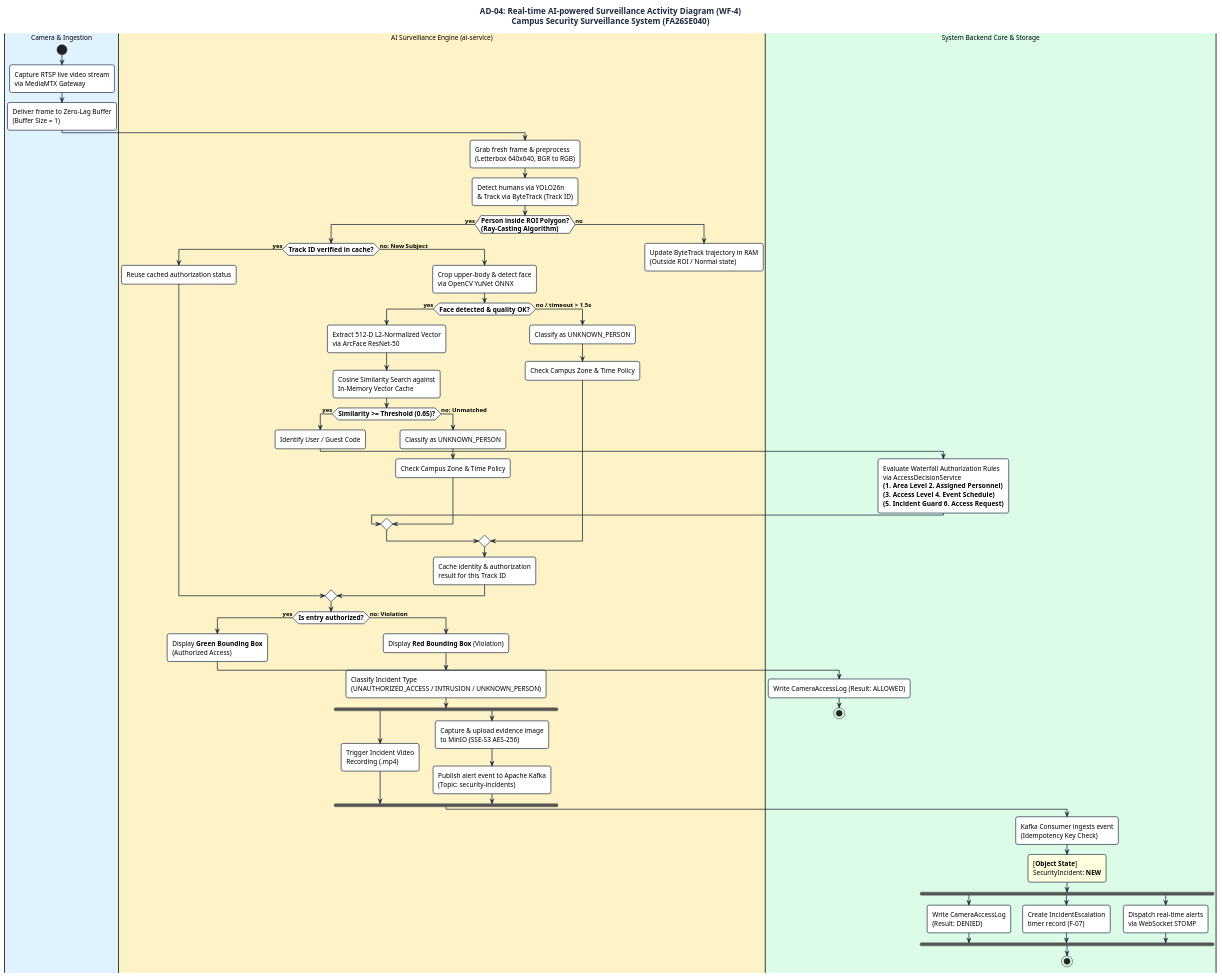
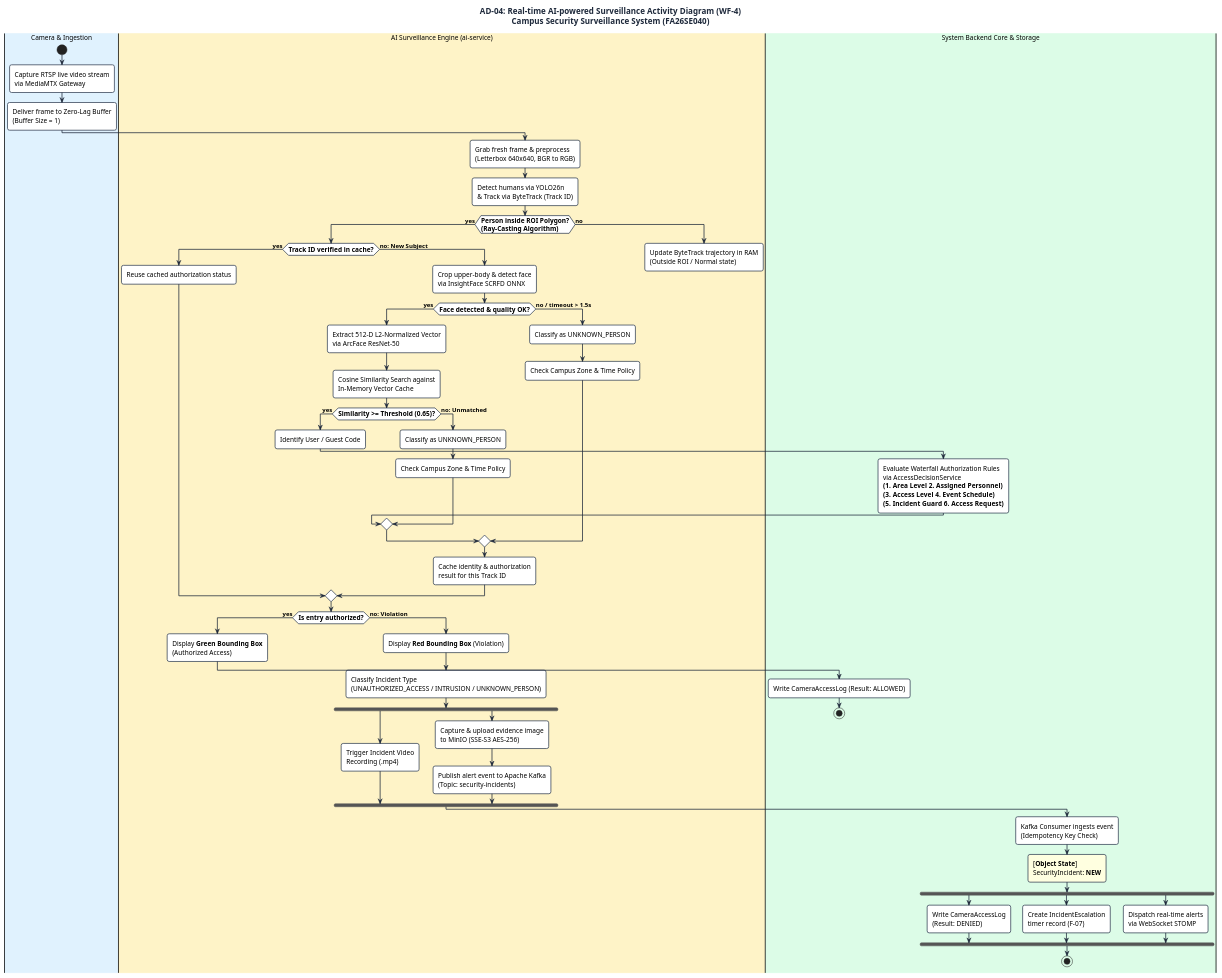
The diagram in docs/diagrams/activity-ai-surveillance-slide.puml (AnhHao2505/AI-Based-Intelligent-Campus-Security-Surveillance-System), drawn with PlantUML before and after one commit. The commit also changed 26 other files, not shown here.

First line of the commit message:
refactor(ai-service): remove YuNet face detector fallback, use SCRFD only

```diff
--- a/docs/diagrams/activity-ai-surveillance-slide.puml
+++ b/docs/diagrams/activity-ai-surveillance-slide.puml
@@ -1,111 +1,111 @@
 @startuml AD-04_RealTime_AI_Surveillance
 title AD-04: Real-time AI-powered Surveillance Activity Diagram (WF-4)\nCampus Security Surveillance System (FA26SE040)
 
 skinparam conditionStyle inside
 skinparam roundCorner 8
 skinparam shadowing false
 skinparam defaultFontName Arial
 skinparam defaultFontSize 13
 skinparam defaultFontStyle plain
 
 skinparam titleFontSize 16
 skinparam titleFontColor #1E293B
 
 skinparam ActivityDiamondBackgroundColor #FEF08A
 skinparam ActivityDiamondBorderColor #CA8A04
 skinparam ActivityDiamondFontSize 13
 skinparam ActivityDiamondFontStyle bold
 
 skinparam ActivityBackgroundColor #FFFFFF
 skinparam ActivityBorderColor #334155
 skinparam ActivityBorderThickness 1.5
 skinparam ActivityFontSize 13
 
 skinparam ArrowColor #1E293B
 skinparam ArrowFontSize 12
 skinparam ArrowFontStyle bold
 skinparam ArrowThickness 1.5
 
 skinparam PartitionBorderColor #64748B
 skinparam PartitionBorderThickness 1.5
 skinparam PartitionFontSize 14
 skinparam PartitionFontStyle bold
 
 |#E0F2FE|Camera & Ingestion|
 start
 :Capture RTSP live video stream\nvia MediaMTX Gateway;
 :Deliver frame to Zero-Lag Buffer\n(Buffer Size = 1);
 
 |#FEF3C7|AI Surveillance Engine (ai-service)|
 :Grab fresh frame & preprocess\n(Letterbox 640x640, BGR to RGB);
 :Detect humans via YOLO26n\n& Track via ByteTrack (Track ID);
 
 if (Person inside ROI Polygon?\n(Ray-Casting Algorithm)) then (yes)
   if (Track ID verified in cache?) then (yes)
     :Reuse cached authorization status;
   else (no: New Subject)
-    :Crop upper-body & detect face\nvia OpenCV YuNet ONNX;
+    :Crop upper-body & detect face\nvia InsightFace SCRFD ONNX;
     if (Face detected & quality OK?) then (yes)
       :Extract 512-D L2-Normalized Vector\nvia ArcFace ResNet-50;
       :Cosine Similarity Search against\nIn-Memory Vector Cache;
       if (Similarity >= Threshold (0.65)?) then (yes)
         :Identify User / Guest Code;
         |#DCFCE7|System Backend Core & Storage|
         :Evaluate Waterfall Authorization Rules\nvia AccessDecisionService\n**(1. Area Level  2. Assigned Personnel)**\n**(3. Access Level  4. Event Schedule)**\n**(5. Incident Guard  6. Access Request)**;
       else (no: Unmatched)
         |#FEF3C7|AI Surveillance Engine (ai-service)|
         :Classify as UNKNOWN_PERSON;
         :Check Campus Zone & Time Policy;
       endif
     else (no / timeout > 1.5s)
       |#FEF3C7|AI Surveillance Engine (ai-service)|
       :Classify as UNKNOWN_PERSON;
       :Check Campus Zone & Time Policy;
     endif
     |#FEF3C7|AI Surveillance Engine (ai-service)|
     :Cache identity & authorization\nresult for this Track ID;
   endif
 
   |#FEF3C7|AI Surveillance Engine (ai-service)|
   if (Is entry authorized?) then (yes)
     :Display **Green Bounding Box**\n(Authorized Access);
     |#DCFCE7|System Backend Core & Storage|
     :Write CameraAccessLog (Result: ALLOWED);
     stop
   else (no: Violation)
     |#FEF3C7|AI Surveillance Engine (ai-service)|
     :Display **Red Bounding Box** (Violation);
     :Classify Incident Type\n(UNAUTHORIZED_ACCESS / INTRUSION / UNKNOWN_PERSON);
 
     ' ===== PARALLEL FORK 1: AI EVIDENCE =====
     fork
       :Trigger Incident Video\nRecording (.mp4);
     fork again
       :Capture & upload evidence image\nto MinIO (SSE-S3 AES-256);
       :Publish alert event to Apache Kafka\n(Topic: security-incidents);
     end fork
 
     |#DCFCE7|System Backend Core & Storage|
     :Kafka Consumer ingests event\n(Idempotency Key Check);
 
     #LightYellow:[**Object State**]\nSecurityIncident: **NEW**;
 
     ' ===== PARALLEL FORK 2: BACKEND DISPATCH =====
     fork
       :Write CameraAccessLog\n(Result: DENIED);
     fork again
       :Create IncidentEscalation\ntimer record (F-07);
     fork again
       :Dispatch real-time alerts\nvia WebSocket STOMP;
     end fork
 
     stop
   endif
 
 else (no)
   |#FEF3C7|AI Surveillance Engine (ai-service)|
   :Update ByteTrack trajectory in RAM\n(Outside ROI / Normal state);
   detach
 endif
 
 @enduml
```
